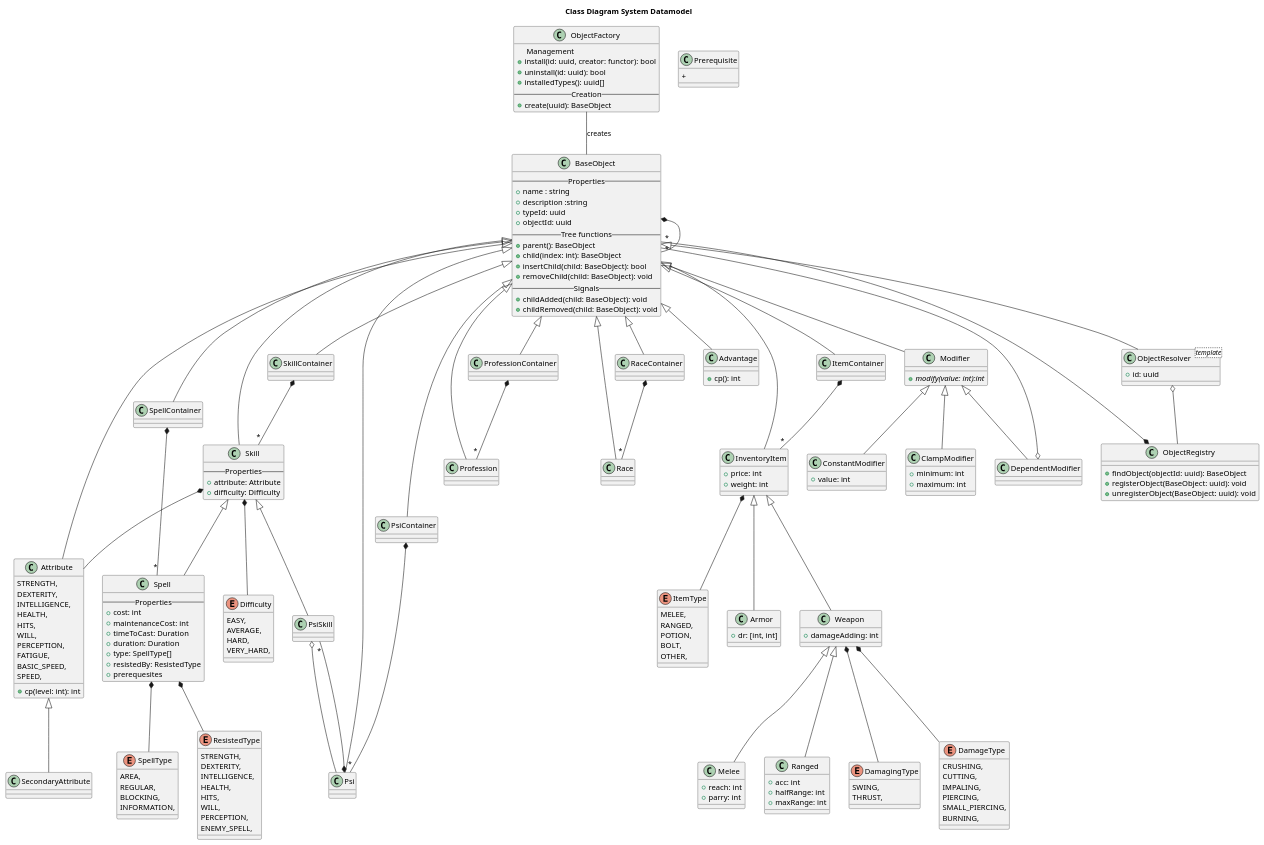
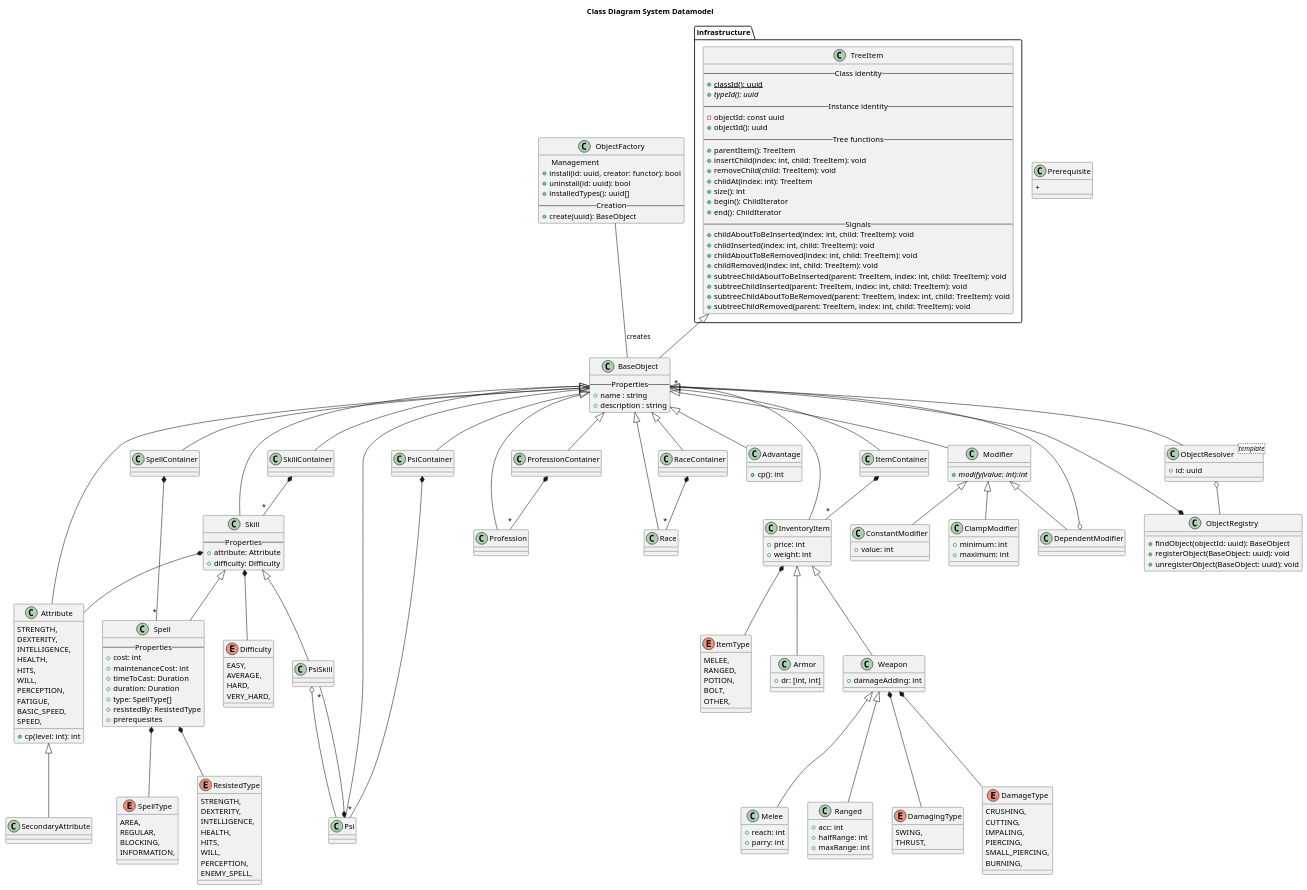
Before and after one commit to TigerInAnEmptyJar/dungeonMaster: the diagram in docs/c4/03_class/class_system_datamodel.puml, drawn with PlantUML. The commit also changed 7 other files, not shown here.

Commit message:
Added id to TreeItem

```diff
--- a/docs/c4/03_class/class_system_datamodel.puml
+++ b/docs/c4/03_class/class_system_datamodel.puml
@@ -1,22 +1,40 @@
 @startuml class_system_datamodel
 title "Class Diagram System Datamodel"
+
+namespace infrastructure {
+  class TreeItem {
+  -- Class identity --
+  + {static} classId(): uuid
+  + {abstract} typeId(): uuid
+  -- Instance identity --
+  - objectId: const uuid
+  + objectId(): uuid
+  -- Tree functions --
+  + parentItem(): TreeItem
+  + insertChild(index: int, child: TreeItem): void
+  + removeChild(child: TreeItem): void
+  + childAt(index: int): TreeItem
+  + size(): int
+  + begin(): ChildIterator
+  + end(): ChildIterator
+  -- Signals --
+  + childAboutToBeInserted(index: int, child: TreeItem): void
+  + childInserted(index: int, child: TreeItem): void
+  + childAboutToBeRemoved(index: int, child: TreeItem): void
+  + childRemoved(index: int, child: TreeItem): void
+  + subtreeChildAboutToBeInserted(parent: TreeItem, index: int, child: TreeItem): void
+  + subtreeChildInserted(parent: TreeItem, index: int, child: TreeItem): void
+  + subtreeChildAboutToBeRemoved(parent: TreeItem, index: int, child: TreeItem): void
+  + subtreeChildRemoved(parent: TreeItem, index: int, child: TreeItem): void
+  }
+}
 
 class BaseObject {
 -- Properties --
 + name : string
-+ description :string
-+ typeId: uuid
-+ objectId: uuid
--- Tree functions --
-+ parent(): BaseObject
-+ child(index: int): BaseObject 
-+ insertChild(child: BaseObject): bool
-+ removeChild(child: BaseObject): void
--- Signals --
-+ childAdded(child: BaseObject): void
-+ childRemoved(child: BaseObject): void
++ description : string
 }
-BaseObject *-- "*" BaseObject
+infrastructure.TreeItem <|-- BaseObject
 
 enum Attribute {
     STRENGTH,
```
